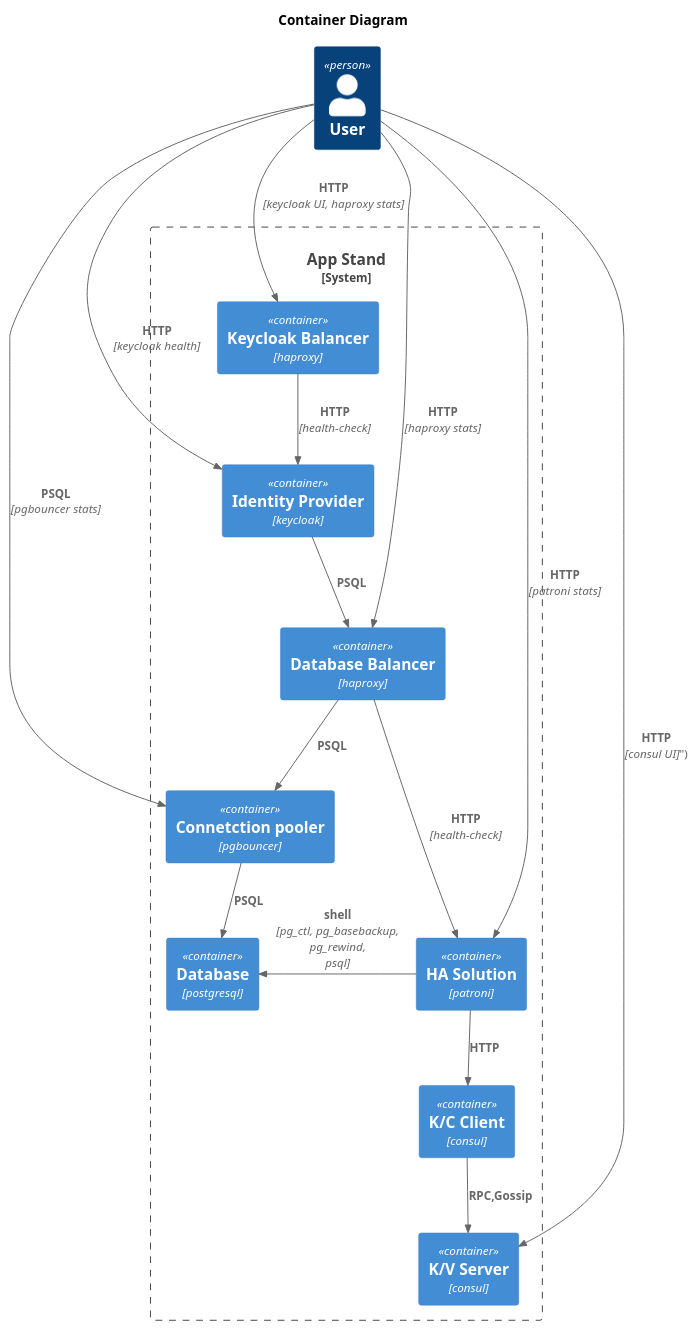
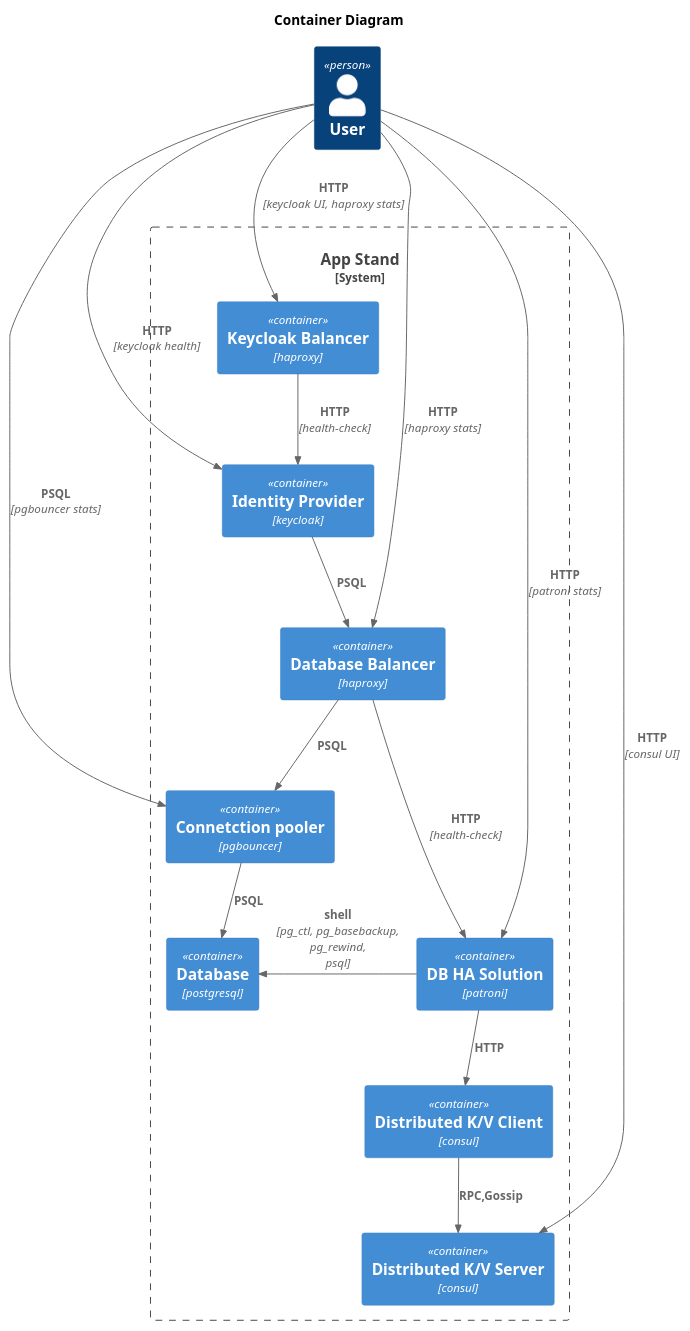
Before and after one commit to pgalonza/keycloak-postgresql-ha: the diagram in docs/c4-container-diagram.puml, drawn with PlantUML. The commit also changed 4 other files, not shown here.

```diff
--- a/docs/c4-container-diagram.puml
+++ b/docs/c4-container-diagram.puml
@@ -1,37 +1,37 @@
 @startuml c4-container-diagram
 !include https://raw.githubusercontent.com/plantuml-stdlib/C4-PlantUML/master/C4_Container.puml
 
 Title "Container Diagram"
 
 
 Person(user, "User")
 
 System_Boundary(app_stand, "App Stand"){
     Container(haproxy_kc, "Keycloak Balancer", "haproxy")
     Container(keycloak1, "Identity Provider", "keycloak")
 
     Container(haproxy_db, "Database Balancer", "haproxy")
     Container(pgbouncer1, "Connetction pooler", "pgbouncer")
     Container(postgresql1, "Database", "postgresql")
-    Container(patroni1, "HA Solution", "patroni")
-    Container(consul_client1, "K/C Client", "consul")
-    Container(consul_server1, "K/V Server", "consul")
+    Container(patroni1, "DB HA Solution", "patroni")
+    Container(consul_client1, "Distributed K/V Client", "consul")
+    Container(consul_server1, "Distributed K/V Server", "consul")
 
     Rel_D(haproxy_kc, keycloak1, "HTTP", "health-check")
     Rel_D(keycloak1, haproxy_db, "PSQL")
     Rel_D(haproxy_db, pgbouncer1, "PSQL")
     Rel_D(haproxy_db, patroni1, "HTTP", "health-check")
     Rel_D(pgbouncer1, postgresql1, "PSQL")
     Rel_D(patroni1, consul_client1, "HTTP")
     Rel_L(patroni1, postgresql1, "shell", "pg_ctl, pg_basebackup, pg_rewind, psql")
     Rel_D(consul_client1, consul_server1, "RPC,Gossip")
 }
 
 Rel(user, haproxy_kc, "HTTP", "keycloak UI, haproxy stats")
 Rel(user, keycloak1, "HTTP", "keycloak health")
 Rel(user, haproxy_db, "HTTP", "haproxy stats")
 Rel(user, pgbouncer1, "PSQL", "pgbouncer stats")
 Rel(user, patroni1, "HTTP", "patroni stats")
-Rel(user, consul_server1, "HTTP", "consul UI")")
+Rel(user, consul_server1, "HTTP", "consul UI")
 
 @enduml
```
